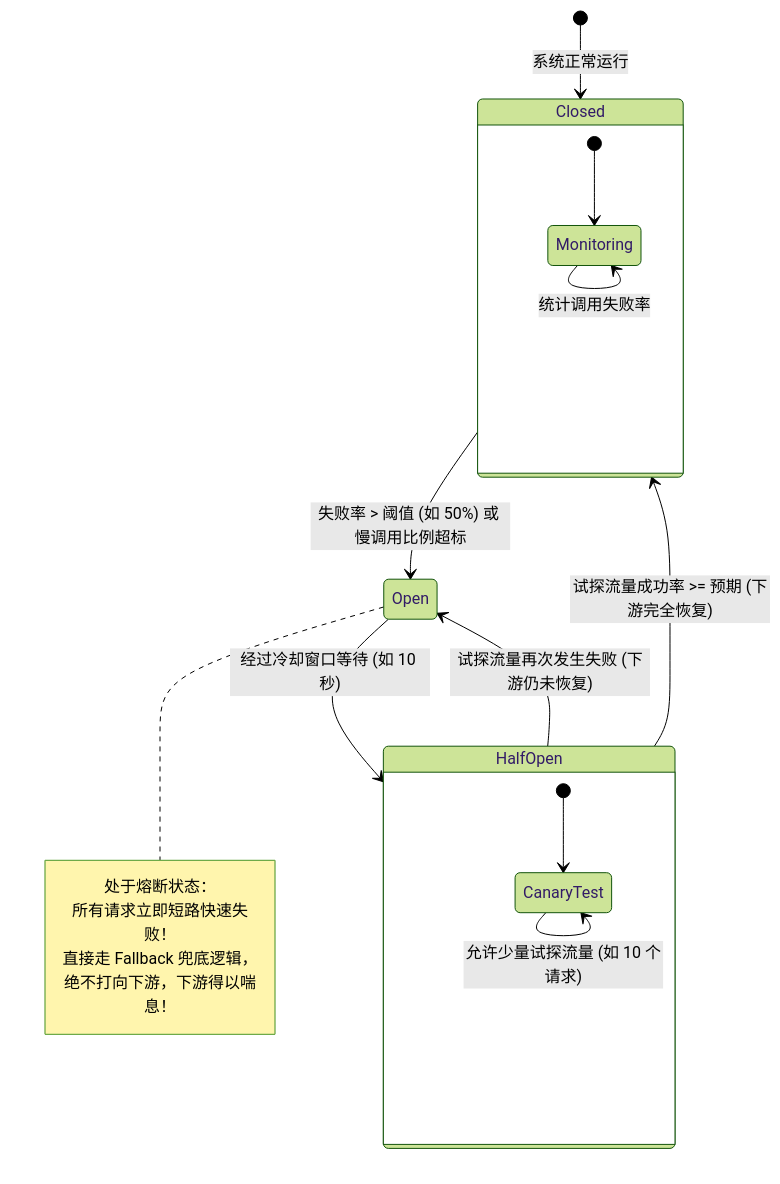
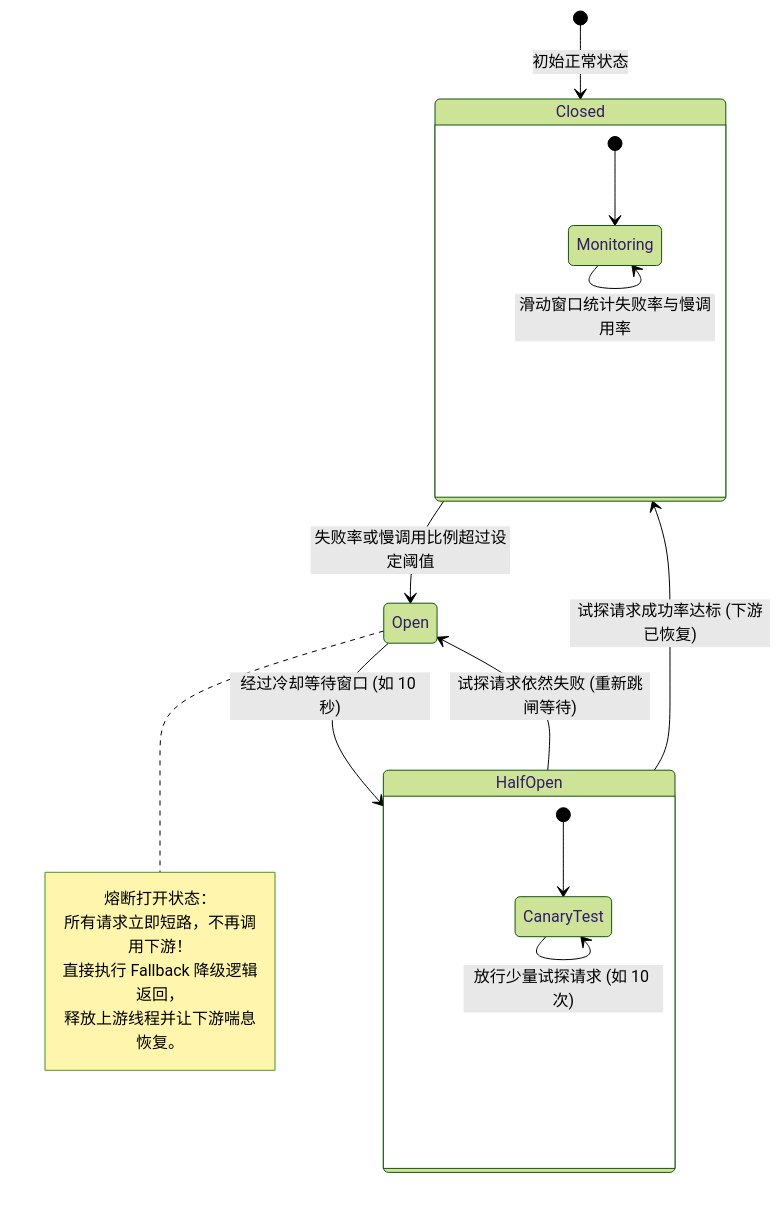
One commit to GuoWWWX/knowledge-base changed the second of 4 diagrams in 20-Java后端/08-系统设计/02-高可用架构设计.md. Above: the diagram before and after it, drawn with Mermaid (forest theme). The commit also changed other lines of this file and 251 other files, not shown here.

````diff
--- a/20-Java后端/08-系统设计/02-高可用架构设计.md
+++ b/20-Java后端/08-系统设计/02-高可用架构设计.md
@@ -84,27 +108,27 @@
 ```mermaid
 stateDiagram-v2
-    [*] --> Closed : 系统正常运行
+    [*] --> Closed : 初始正常状态
 
     state Closed {
         [*] --> Monitoring
-        Monitoring --> Monitoring : 统计调用失败率
+        Monitoring --> Monitoring : 滑动窗口统计失败率与慢调用率
     }
 
-    Closed --> Open : 失败率 > 阈值 (如 50%) 或 慢调用比例超标
+    Closed --> Open : 失败率或慢调用比例超过设定阈值
     note right of Open
-      处于熔断状态：
-      所有请求立即短路快速失败！
-      直接走 Fallback 兜底逻辑，
-      绝不打向下游，下游得以喘息！
+      熔断打开状态：
+      所有请求立即短路，不再调用下游！
+      直接执行 Fallback 降级逻辑返回，
+      释放上游线程并让下游喘息恢复。
     end note
 
-    Open --> HalfOpen : 经过冷却窗口等待 (如 10 秒)
-    
+    Open --> HalfOpen : 经过冷却等待窗口 (如 10 秒)
+
     state HalfOpen {
         [*] --> CanaryTest
-        CanaryTest --> CanaryTest : 允许少量试探流量 (如 10 个请求)
+        CanaryTest --> CanaryTest : 放行少量试探请求 (如 10 次)
     }
 
-    HalfOpen --> Closed : 试探流量成功率 >= 预期 (下游完全恢复)
-    HalfOpen --> Open : 试探流量再次发生失败 (下游仍未恢复)
+    HalfOpen --> Closed : 试探请求成功率达标 (下游已恢复)
+    HalfOpen --> Open : 试探请求依然失败 (重新跳闸等待)
 ```
````
